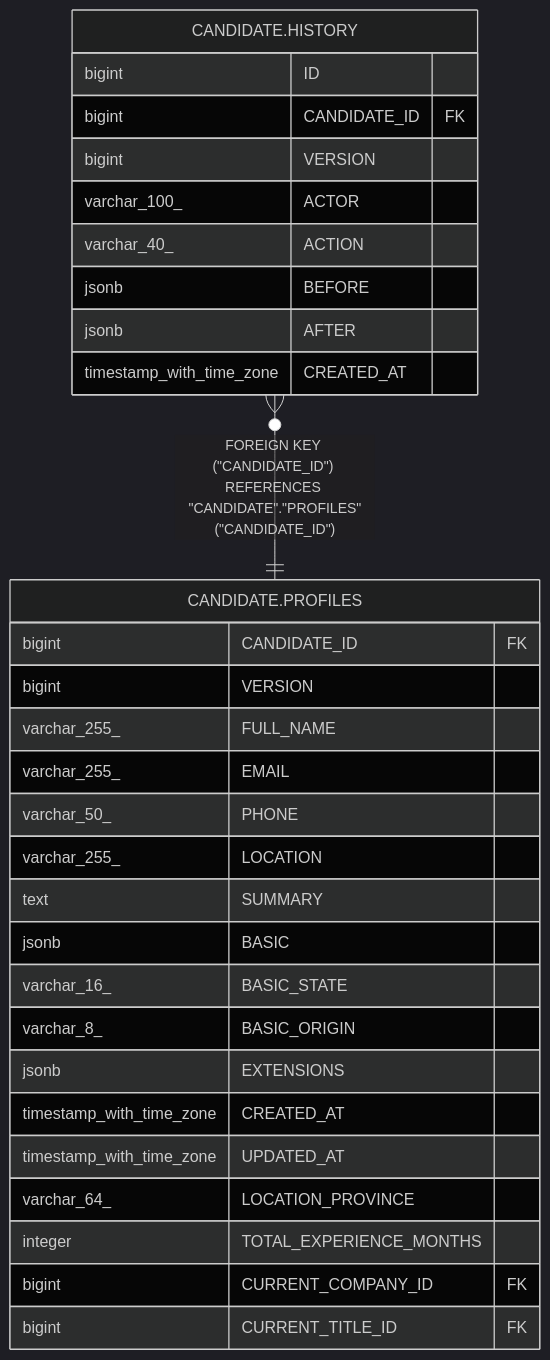
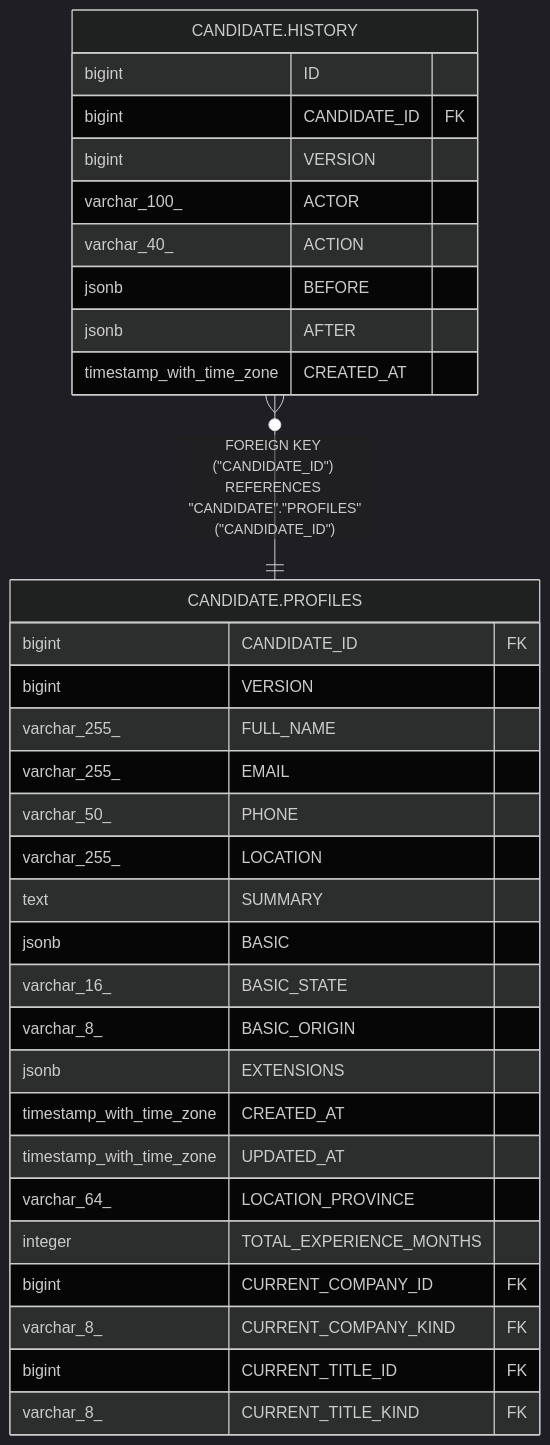
The diagram in docs/db/CANDIDATE.HISTORY.md (happidude/cv-compass), drawn with Mermaid (dark theme) before and after one commit. The commit also changed 31 other files, not shown here.

````diff
--- a/docs/db/CANDIDATE.HISTORY.md
+++ b/docs/db/CANDIDATE.HISTORY.md
@@ -37,35 +37,37 @@
 ```mermaid
 erDiagram
 
 "CANDIDATE.HISTORY" }o--|| "CANDIDATE.PROFILES" : "FOREIGN KEY (#quot;CANDIDATE_ID#quot;) REFERENCES #quot;CANDIDATE#quot;.#quot;PROFILES#quot;(#quot;CANDIDATE_ID#quot;)"
 
 "CANDIDATE.HISTORY" {
   bigint ID
   bigint CANDIDATE_ID FK
   bigint VERSION
   varchar_100_ ACTOR
   varchar_40_ ACTION
   jsonb BEFORE
   jsonb AFTER
   timestamp_with_time_zone CREATED_AT
 }
 "CANDIDATE.PROFILES" {
   bigint CANDIDATE_ID FK
   bigint VERSION
   varchar_255_ FULL_NAME
   varchar_255_ EMAIL
   varchar_50_ PHONE
   varchar_255_ LOCATION
   text SUMMARY
   jsonb BASIC
   varchar_16_ BASIC_STATE
   varchar_8_ BASIC_ORIGIN
   jsonb EXTENSIONS
   timestamp_with_time_zone CREATED_AT
   timestamp_with_time_zone UPDATED_AT
   varchar_64_ LOCATION_PROVINCE
   integer TOTAL_EXPERIENCE_MONTHS
   bigint CURRENT_COMPANY_ID FK
+  varchar_8_ CURRENT_COMPANY_KIND FK
   bigint CURRENT_TITLE_ID FK
+  varchar_8_ CURRENT_TITLE_KIND FK
 }
 ```
````
